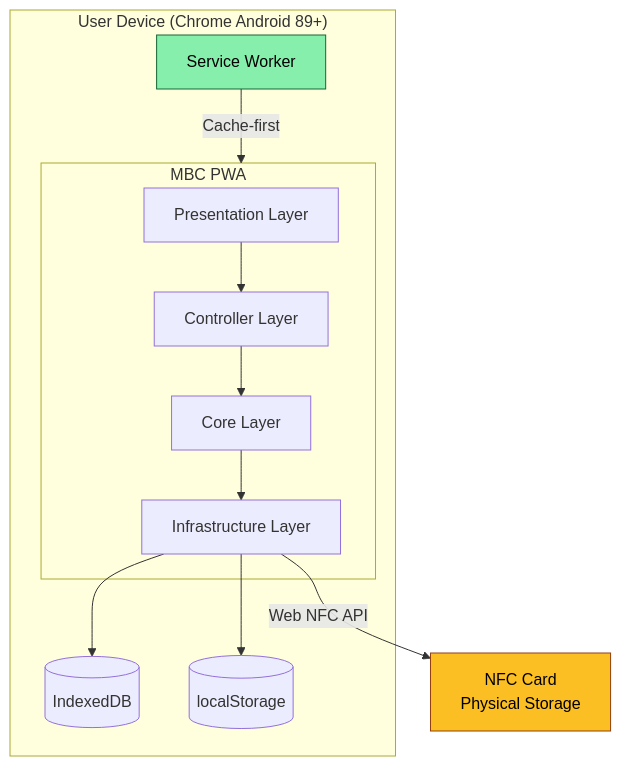
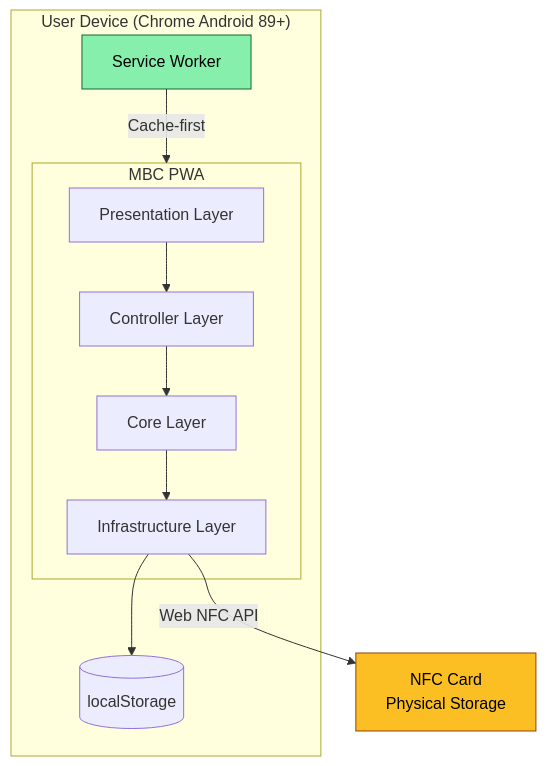
The diagram in docs/wiki/membership-benefit-card/01-Architecture/Overview.md (widdestoyud/assesment-s1-2026), drawn with Mermaid before and after one commit. The commit also changed other lines of this file and 23 other files, not shown here.

First line of the commit message:
chore(mbc): Update agents, specs, wiki docs, and storage architecture (#35)

````diff
--- a/docs/wiki/membership-benefit-card/01-Architecture/Overview.md
+++ b/docs/wiki/membership-benefit-card/01-Architecture/Overview.md
@@ -36,27 +36,25 @@
 ```mermaid
 graph TB
     subgraph Device["User Device (Chrome Android 89+)"]
         subgraph App["MBC PWA"]
             UI[Presentation Layer]
             CTRL[Controller Layer]
             CORE[Core Layer]
             INFRA[Infrastructure Layer]
         end
         SW[Service Worker]
-        IDB[(IndexedDB)]
         LS[(localStorage)]
     end
 
     CARD[NFC Card<br/>Physical Storage]
 
     UI --> CTRL
     CTRL --> CORE
     CORE --> INFRA
     INFRA -->|Web NFC API| CARD
-    INFRA --> IDB
     INFRA --> LS
     SW -->|Cache-first| App
 
     style CARD fill:#fbbf24,stroke:#92400e,color:#000
     style SW fill:#86efac,stroke:#166534,color:#000
 ```
````
